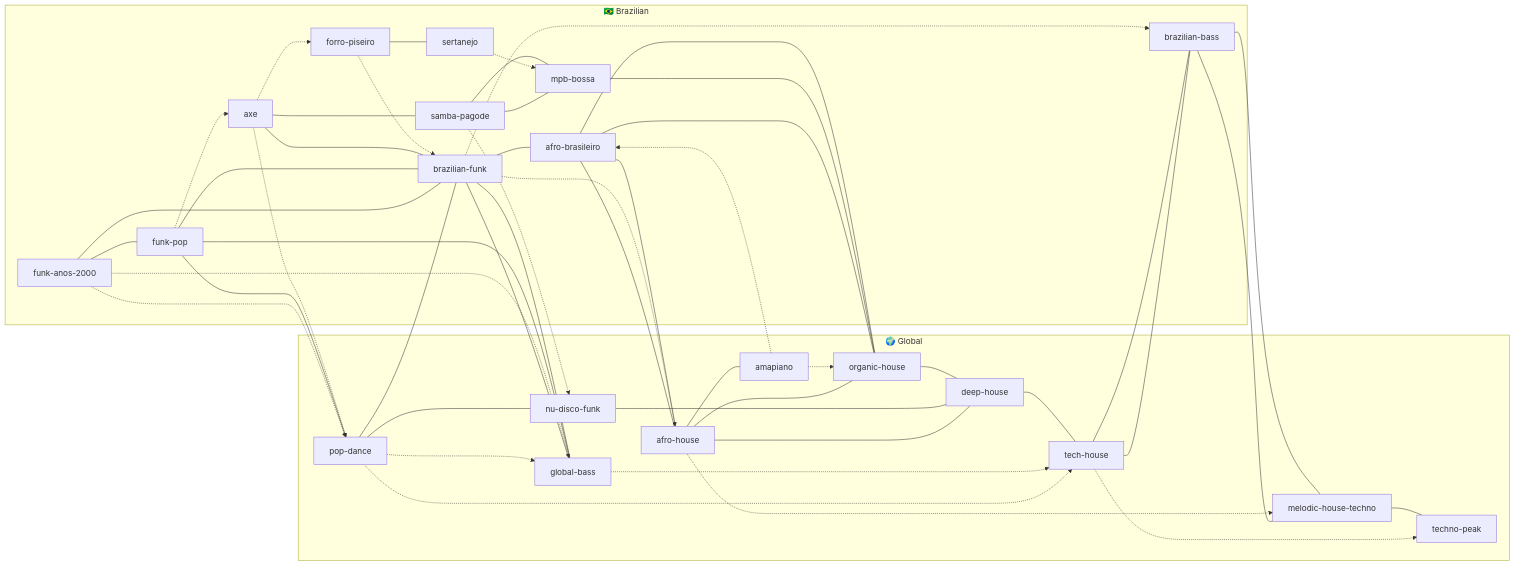
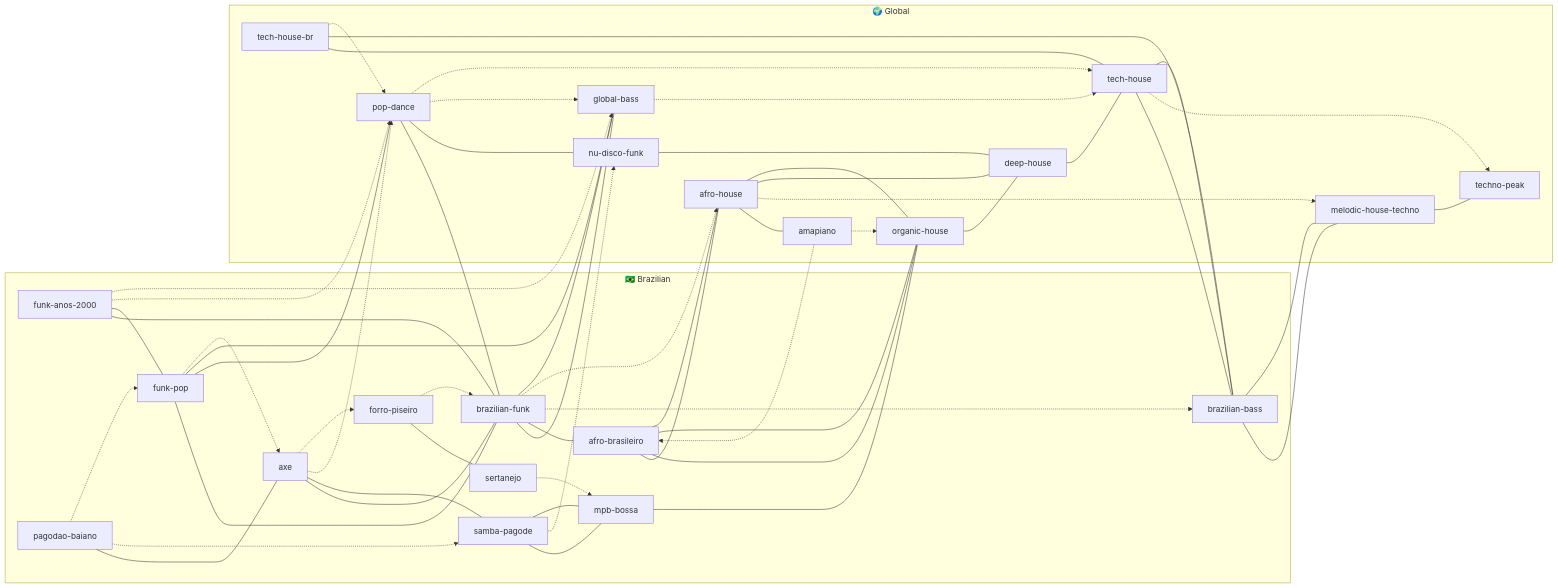
The diagram in docs/genre-graph.md (nansravn/nextrack), drawn with Mermaid before and after one commit. The commit also changed 9 other files, not shown here.

First line of the commit message:
Add pagodao-baiano, tech-house-br nodes + EDM eletrohits block

````diff
--- a/docs/genre-graph.md
+++ b/docs/genre-graph.md
@@ -51,6 +51,7 @@
     AXE["axe"]
     FUNKPOP["funk-pop"]
     FUNK2000["funk-anos-2000"]
+    PAGBA["pagodao-baiano"]
   end
   subgraph GL["🌍 Global"]
     ORG["organic-house"]
@@ -63,6 +64,7 @@
     DISCO["nu-disco-funk"]
     GBASS["global-bass"]
     POPD["pop-dance"]
+    THB["tech-house-br"]
   end
 
   FUNK --- GBASS
@@ -117,4 +119,12 @@
   FUNK2000 --- FUNKPOP
   FUNK2000 -.-> POPD
   FUNK2000 -.-> GBASS
+
+  PAGBA --- AXE
+  PAGBA -.-> SAMBA
+  PAGBA -.-> FUNKPOP
+
+  THB --- TECH
+  THB --- BBASS
+  THB -.-> POPD
 ```
````
